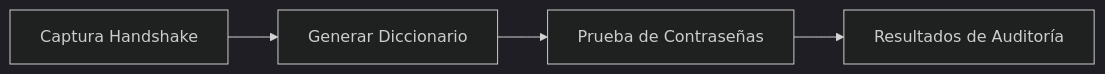
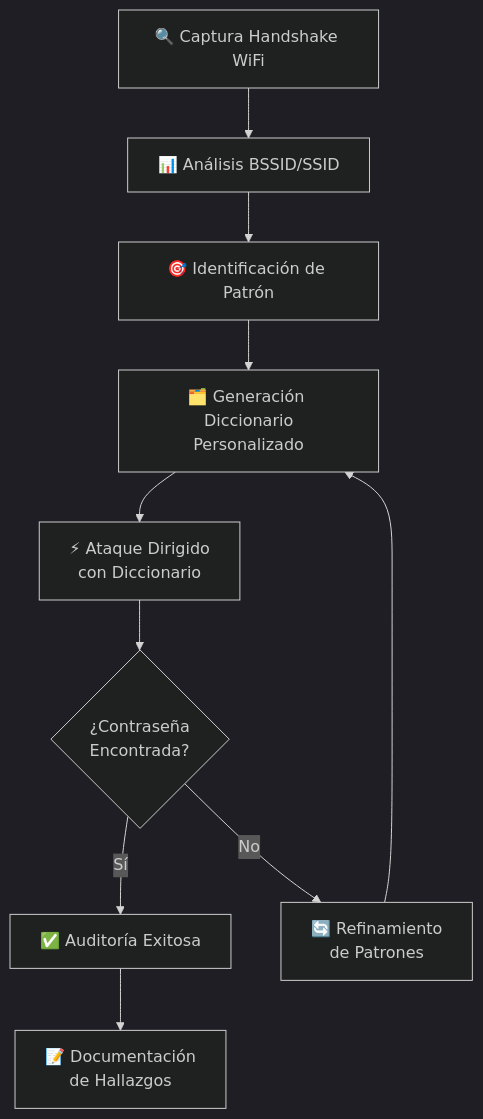
One commit to rodrigo47363/izzi-wifi-audit-method changed the diagram in README.md. Above: the diagram before and after it, drawn with Mermaid (dark theme). The commit also changed other lines of this file, not shown here.

````diff
--- a/README.md
+++ b/README.md
@@ -10,6 +11,12 @@
 ```mermaid
-graph LR
-A[Captura Handshake] --> B[Generar Diccionario]
-B --> C[Prueba de Contraseñas]
-C --> D[Resultados de Auditoría]
+flowchart TD
+    A[🔍 Captura Handshake WiFi] --> B[📊 Análisis BSSID/SSID]
+    B --> C[🎯 Identificación de Patrón]
+    C --> D[🗂️ Generación Diccionario<br/>Personalizado]
+    D --> E[⚡ Ataque Dirigido<br/>con Diccionario]
+    E --> F{¿Contraseña<br/>Encontrada?}
+    F -- Sí --> G[✅ Auditoría Exitosa]
+    F -- No --> H[🔄 Refinamiento<br/>de Patrones]
+    H --> D
+    G --> I[📝 Documentación<br/>de Hallazgos]
 ```
````
